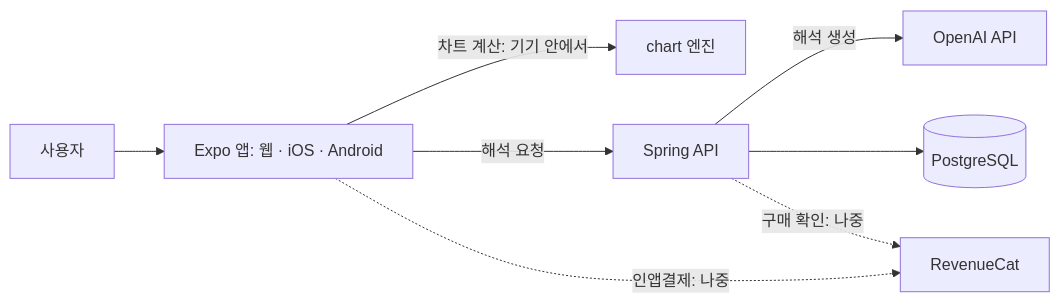
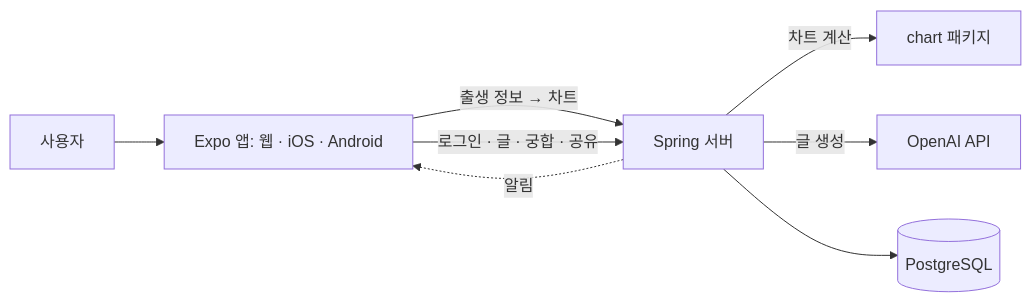
The diagram in docs/architecture.md (byeolmyeong/app), drawn with Mermaid before and after one commit. The commit also changed other lines of this file and 4 other files, not shown here.

````diff
--- a/docs/architecture.md
+++ b/docs/architecture.md
@@ -12,10 +12,10 @@
 ```mermaid
 flowchart LR
   U[사용자] --> A[Expo 앱: 웹 · iOS · Android]
-  A -->|차트 계산: 기기 안에서| E[chart 엔진]
-  A -->|해석 요청| S[Spring API]
-  S -->|해석 생성| L[OpenAI API]
+  A -->|출생 정보 → 차트| S[Spring 서버]
+  A -->|로그인 · 글 · 궁합 · 공유| S
+  S -->|차트 계산| C[chart 패키지]
+  S -->|글 생성| L[OpenAI API]
   S --> D[(PostgreSQL)]
-  A -.->|인앱결제: 나중| R[RevenueCat]
-  S -.->|구매 확인: 나중| R
+  S -.->|알림| A
 ```
````
